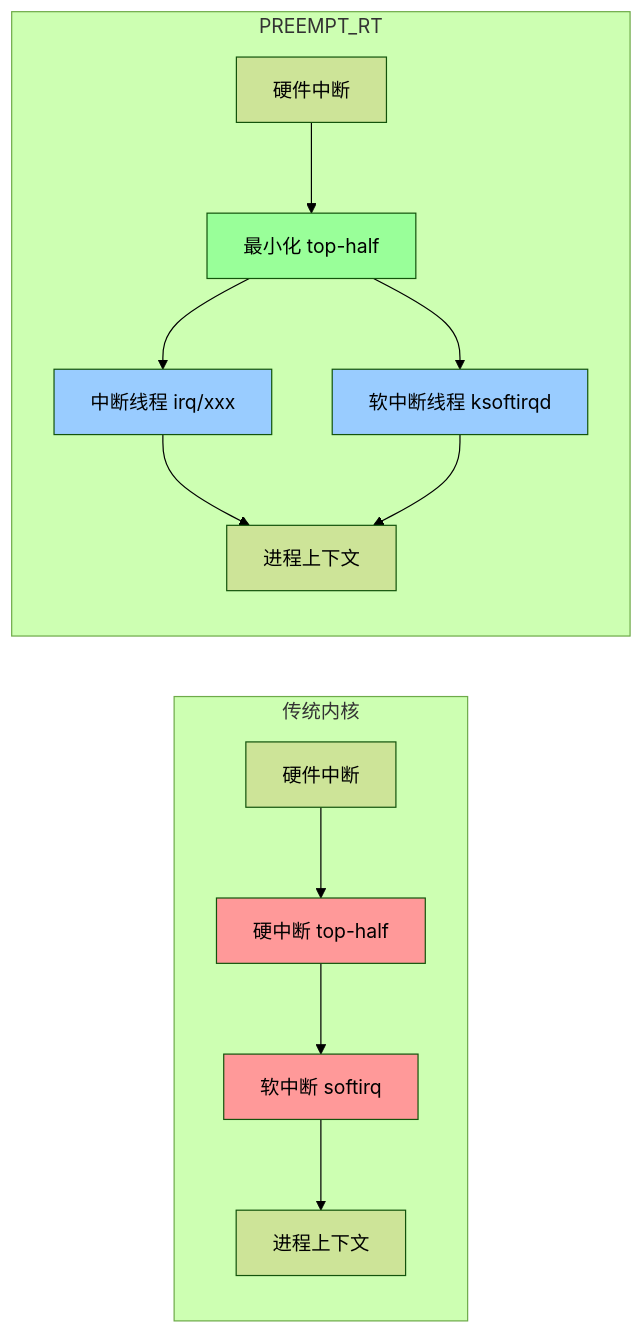
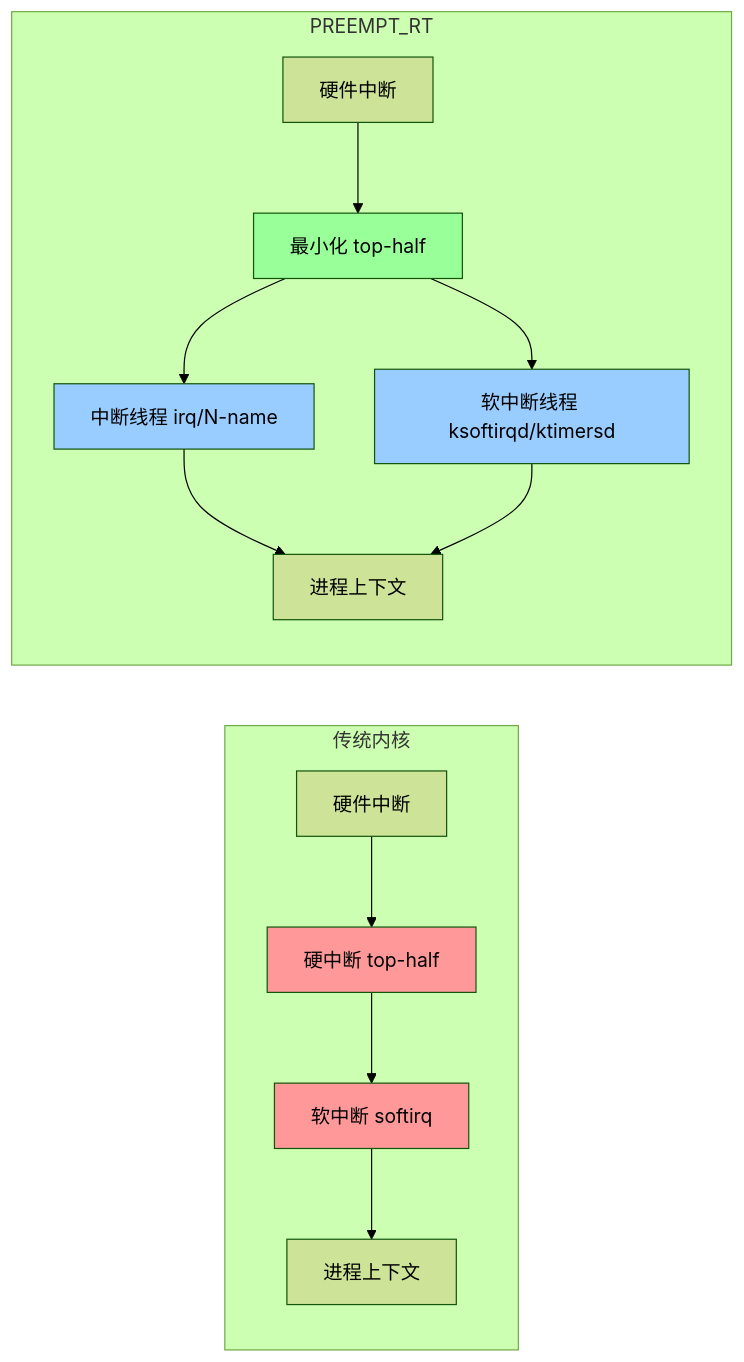
The diagram in docs/02-核心机制深度解析/第10章 中断与时间/10.4.3_线程化中断的优势代价与PREEMPT_RT.md (xiaohong0925/Embedded_Knowledge_System_V2026), drawn with Mermaid (forest theme) before and after one commit. The commit also changed other lines of this file and 65 other files, not shown here.

````diff
--- a/docs/02-核心机制深度解析/第10章 中断与时间/10.4.3_线程化中断的优势代价与PREEMPT_RT.md
+++ b/docs/02-核心机制深度解析/第10章 中断与时间/10.4.3_线程化中断的优势代价与PREEMPT_RT.md
@@ -123,21 +111,21 @@
 ```mermaid
 flowchart LR
     subgraph 传统内核
         A[硬件中断] --> B[硬中断 top-half]
         B --> C[软中断 softirq]
         C --> D[进程上下文]
         style B fill:#ff9999
         style C fill:#ff9999
     end
 
     subgraph PREEMPT_RT
         E[硬件中断] --> F[最小化 top-half]
-        F --> G[中断线程 irq/xxx]
-        F --> H[软中断线程 ksoftirqd]
+        F --> G[中断线程 irq/N-name]
+        F --> H[软中断线程 ksoftirqd/ktimersd]
         G --> I[进程上下文]
         H --> I
         style F fill:#99ff99
         style G fill:#99ccff
         style H fill:#99ccff
     end
 ```
````
